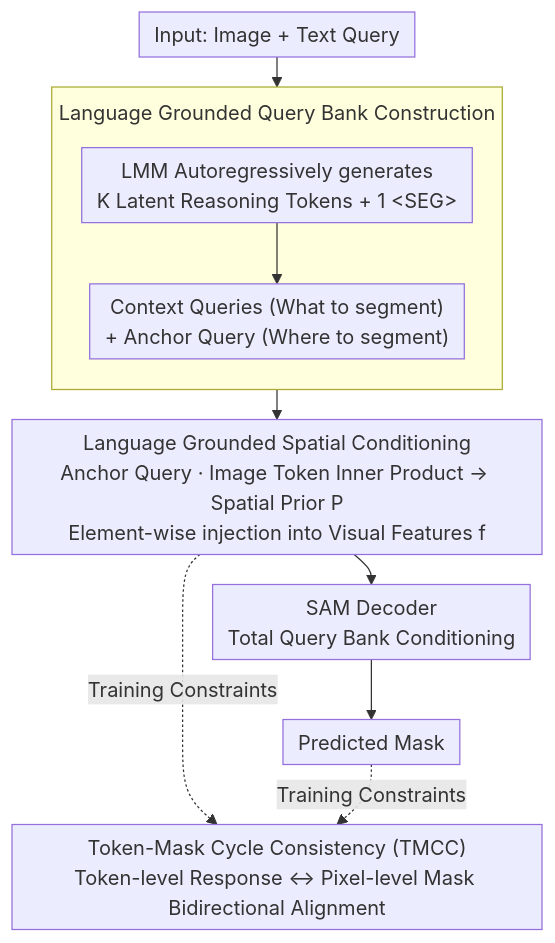
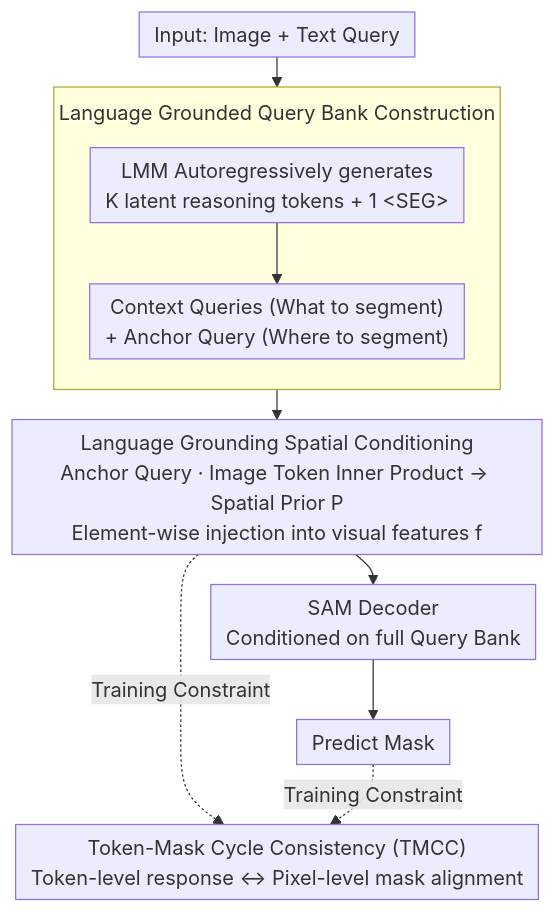
Before and after one commit to zhaoyang97/Paper-Notes-en: the diagram in docs/ACL2026/vlm_reasoning/anchorseg_language_grounded_query_banks_for_reasoning_segmentation.md, drawn with Mermaid. The commit also changed other lines of this file and 5084 other files, not shown here.

````diff
--- a/docs/ACL2026/vlm_reasoning/anchorseg_language_grounded_query_banks_for_reasoning_segmentation.md
+++ b/docs/ACL2026/vlm_reasoning/anchorseg_language_grounded_query_banks_for_reasoning_segmentation.md
@@ -45,14 +45,14 @@
 ```mermaid
 %%{init: {'flowchart': {'rankSpacing': 24, 'nodeSpacing': 28, 'padding': 6, 'wrappingWidth': 400, 'subGraphTitleMargin': {'top': 8, 'bottom': 16}}}}%%
 flowchart TD
     A["Input: Image + Text Query"] --> B
     subgraph B["Language Grounded Query Bank Construction"]
         direction TB
-        B1["LMM Autoregressively generates<br/>K Latent Reasoning Tokens + 1 &lt;SEG&gt;"] --> B2["Context Queries (What to segment)<br/>+ Anchor Query (Where to segment)"]
+        B1["LMM Autoregressively generates<br/>K latent reasoning tokens + 1 &lt;SEG&gt;"] --> B2["Context Queries (What to segment)<br/>+ Anchor Query (Where to segment)"]
     end
-    B --> C["Language Grounded Spatial Conditioning<br/>Anchor Query · Image Token Inner Product → Spatial Prior P<br/>Element-wise injection into Visual Features f"]
-    C --> D["SAM Decoder<br/>Total Query Bank Conditioning"]
-    D --> E["Predicted Mask"]
-    C -.->|Training Constraints| T["Token-Mask Cycle Consistency (TMCC)<br/>Token-level Response ↔ Pixel-level Mask Bidirectional Alignment"]
-    E -.->|Training Constraints| T
+    B --> C["Language Grounding Spatial Conditioning<br/>Anchor Query · Image Token Inner Product → Spatial Prior P<br/>Element-wise injection into visual features f"]
+    C --> D["SAM Decoder<br/>Conditioned on full Query Bank"]
+    D --> E["Predict Mask"]
+    C -.->|Training Constraint| T["Token-Mask Cycle Consistency (TMCC)<br/>Token-level response ↔ Pixel-level mask alignment"]
+    E -.->|Training Constraint| T
 ```
````
